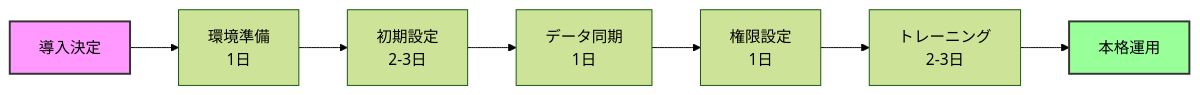
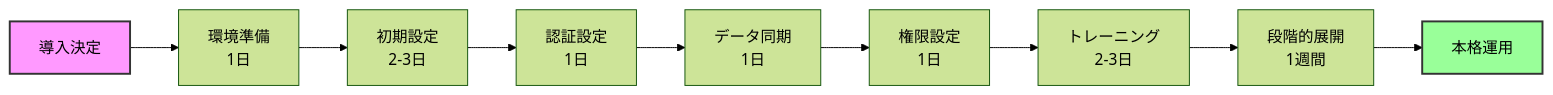
Diagram 13 of 13 in Doc/mvp.md (rasshii/team-insight), drawn with Mermaid (forest theme) before and after one commit. The commit also changed other lines of this file and 17 other files, not shown here.

````diff
--- a/Doc/mvp.md
+++ b/Doc/mvp.md
@@ -611,12 +798,14 @@
 ```mermaid
 graph LR
     A[導入決定] --> B[環境準備<br>1日]
     B --> C[初期設定<br>2-3日]
-    C --> D[データ同期<br>1日]
-    D --> E[権限設定<br>1日]
-    E --> F[トレーニング<br>2-3日]
-    F --> G[本格運用]
+    C --> D[認証設定<br>1日]
+    D --> E[データ同期<br>1日]
+    E --> F[権限設定<br>1日]
+    F --> G[トレーニング<br>2-3日]
+    G --> H[段階的展開<br>1週間]
+    H --> I[本格運用]
 
     style A fill:#f9f,stroke:#333,stroke-width:2px
-    style G fill:#9f9,stroke:#333,stroke-width:2px
+    style I fill:#9f9,stroke:#333,stroke-width:2px
 ```
````
